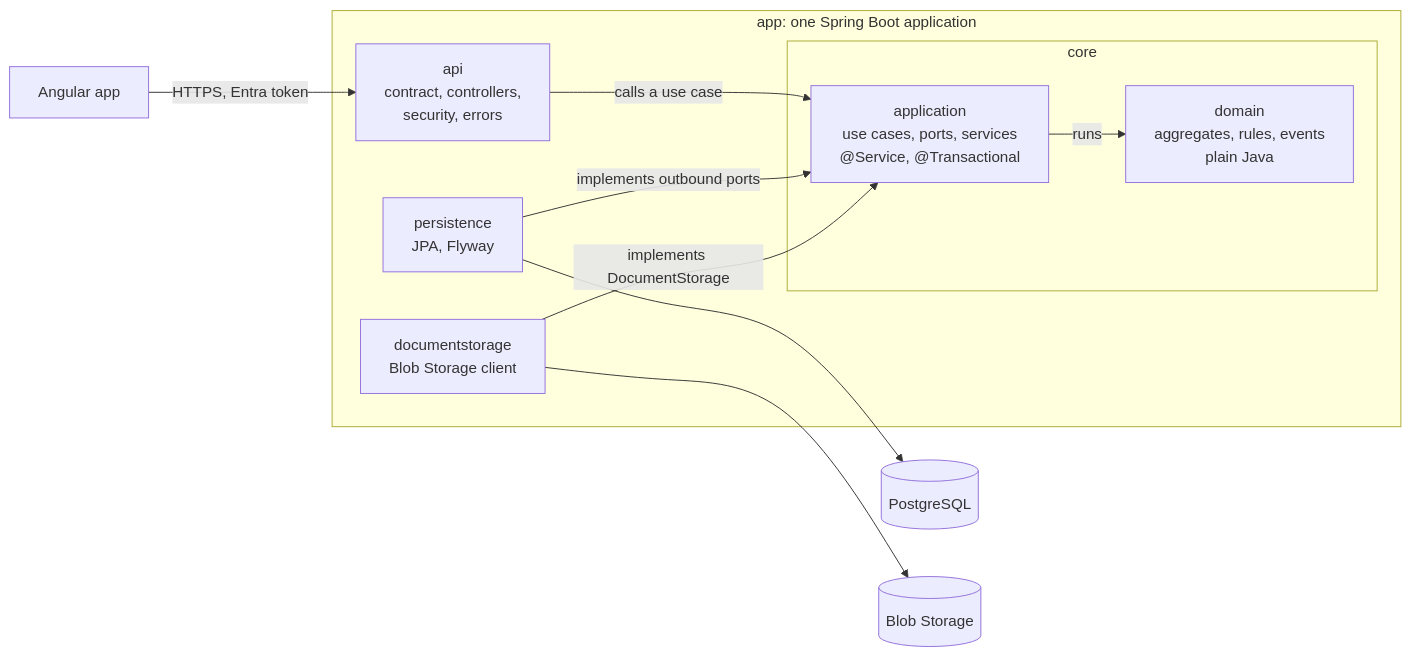
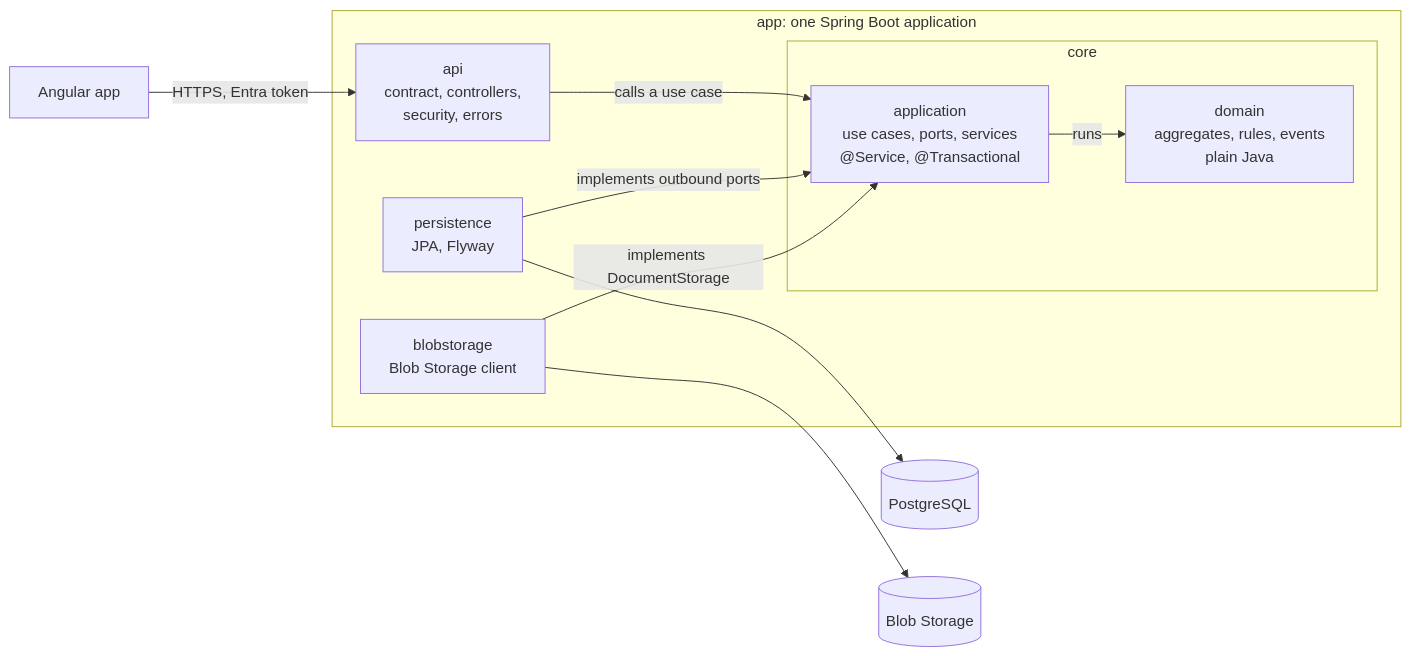
The first of 2 diagrams in README.md (AchZak/civicgrant), drawn with Mermaid before and after one commit. The commit also changed other lines of this file and 13 other files, not shown here.

Commit message:
refactor: rename the documentstorage module to blobstorage

````diff
--- a/README.md
+++ b/README.md
@@ -64,19 +64,19 @@
 ```mermaid
 flowchart LR
     client["Angular app"] -->|"HTTPS, Entra token"| api
     subgraph app["app: one Spring Boot application"]
         api["api<br/>contract, controllers,<br/>security, errors"]
         subgraph core["core"]
             application["application<br/>use cases, ports, services<br/>@Service, @Transactional"]
             domain["domain<br/>aggregates, rules, events<br/>plain Java"]
             application -->|"runs"| domain
         end
         persistence["persistence<br/>JPA, Flyway"]
-        documentstorage["documentstorage<br/>Blob Storage client"]
+        blobstorage["blobstorage<br/>Blob Storage client"]
         api -->|"calls a use case"| application
         persistence -->|"implements outbound ports"| application
-        documentstorage -->|"implements DocumentStorage"| application
+        blobstorage -->|"implements DocumentStorage"| application
     end
     persistence --> db[("PostgreSQL")]
-    documentstorage --> blob[("Blob Storage")]
+    blobstorage --> blob[("Blob Storage")]
 ```
````
